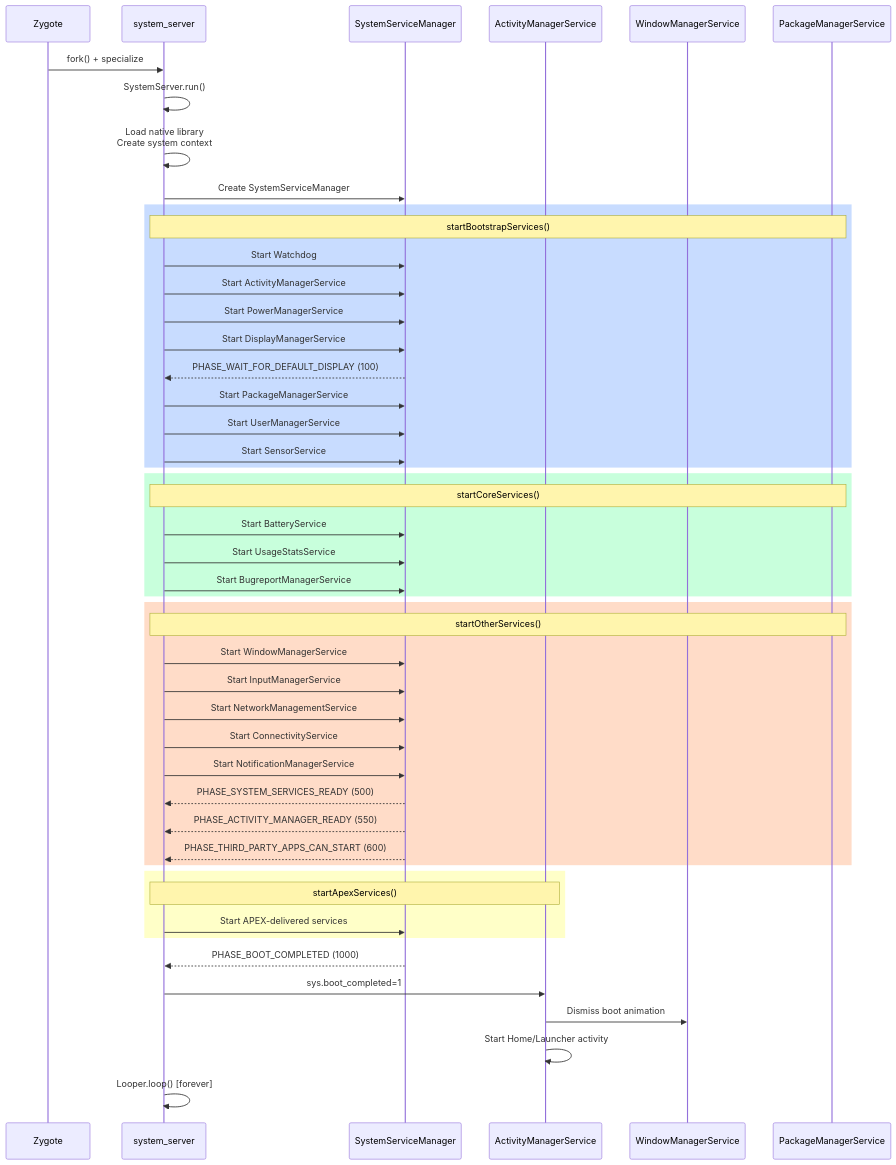
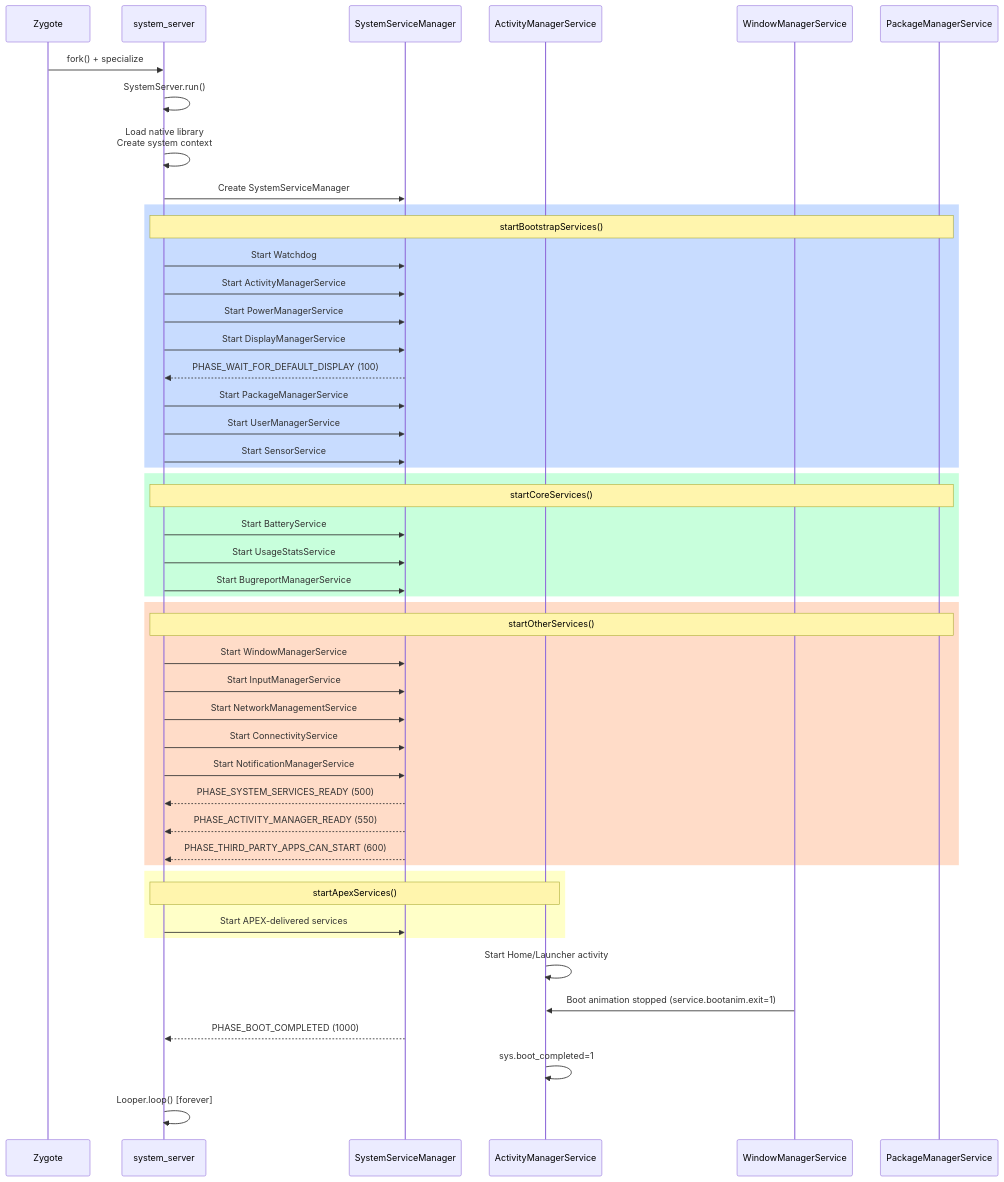
The tenth of 16 diagrams in agents/claude/skills/aosp-kernel-and-boot/04-boot-and-init.md (aospbooks/aosp-internal-book), drawn with Mermaid before and after one commit. The commit also changed other lines of this file and 218 other files, not shown here.

````diff
--- a/agents/claude/skills/aosp-kernel-and-boot/04-boot-and-init.md
+++ b/agents/claude/skills/aosp-kernel-and-boot/04-boot-and-init.md
@@ -2165,57 +2232,57 @@
 ```mermaid
 sequenceDiagram
     participant Z as Zygote
     participant SS as system_server
     participant SM as SystemServiceManager
     participant AMS as ActivityManagerService
     participant WMS as WindowManagerService
     participant PMS as PackageManagerService
 
     Z->>SS: fork() + specialize
     SS->>SS: SystemServer.run()
     SS->>SS: Load native library<br/>Create system context
     SS->>SM: Create SystemServiceManager
 
     rect rgb(200, 220, 255)
         Note over SS,PMS: startBootstrapServices()
         SS->>SM: Start Watchdog
         SS->>SM: Start ActivityManagerService
         SS->>SM: Start PowerManagerService
         SS->>SM: Start DisplayManagerService
         SM-->>SS: PHASE_WAIT_FOR_DEFAULT_DISPLAY (100)
         SS->>SM: Start PackageManagerService
         SS->>SM: Start UserManagerService
         SS->>SM: Start SensorService
     end
 
     rect rgb(200, 255, 220)
         Note over SS,PMS: startCoreServices()
         SS->>SM: Start BatteryService
         SS->>SM: Start UsageStatsService
         SS->>SM: Start BugreportManagerService
     end
 
     rect rgb(255, 220, 200)
         Note over SS,PMS: startOtherServices()
         SS->>SM: Start WindowManagerService
         SS->>SM: Start InputManagerService
         SS->>SM: Start NetworkManagementService
         SS->>SM: Start ConnectivityService
         SS->>SM: Start NotificationManagerService
         SM-->>SS: PHASE_SYSTEM_SERVICES_READY (500)
         SM-->>SS: PHASE_ACTIVITY_MANAGER_READY (550)
         SM-->>SS: PHASE_THIRD_PARTY_APPS_CAN_START (600)
     end
 
     rect rgb(255, 255, 200)
         Note over SS,AMS: startApexServices()
         SS->>SM: Start APEX-delivered services
     end
 
+    AMS->>AMS: Start Home/Launcher activity
+    WMS->>AMS: Boot animation stopped (service.bootanim.exit=1)
     SM-->>SS: PHASE_BOOT_COMPLETED (1000)
-    SS->>AMS: sys.boot_completed=1
-    AMS->>WMS: Dismiss boot animation
-    AMS->>AMS: Start Home/Launcher activity
+    AMS->>AMS: sys.boot_completed=1
 
     SS->>SS: Looper.loop() [forever]
 ```
````
